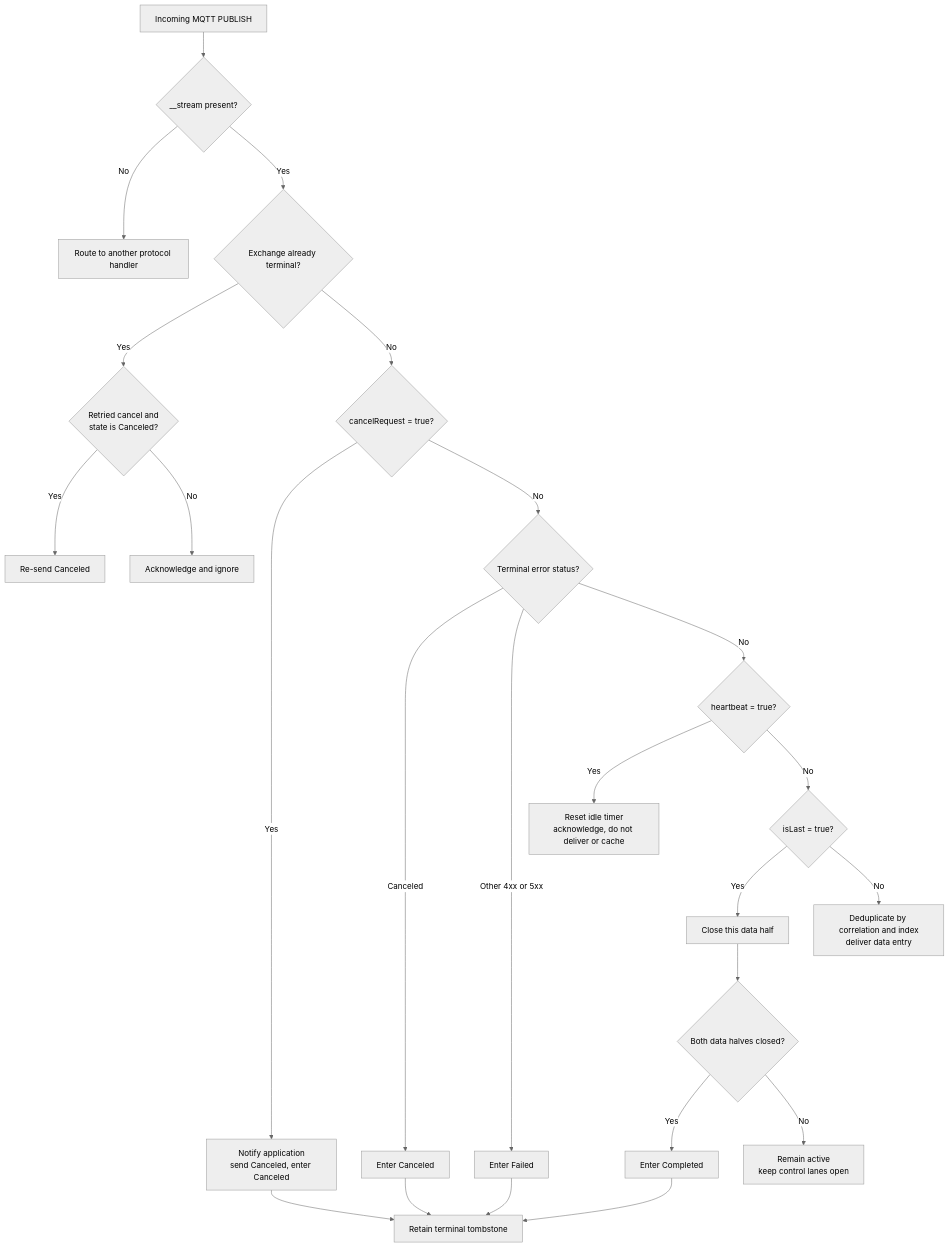
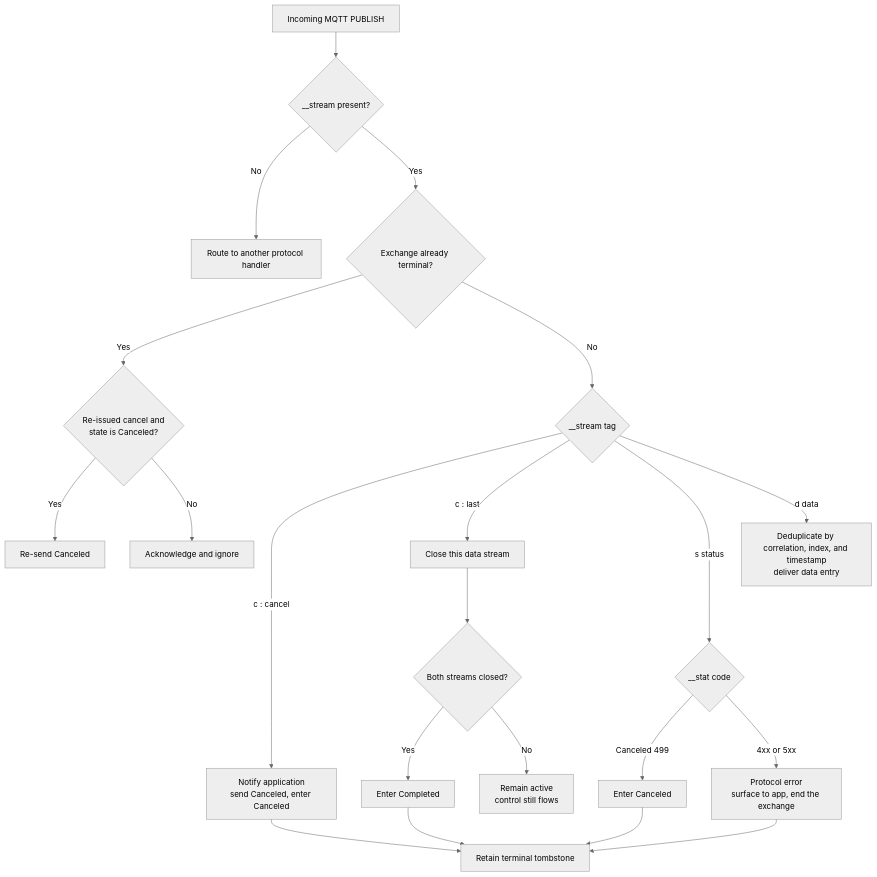
One commit to Azure/iot-operations-sdks changed the ninth of 10 diagrams in doc/dev/adr/0025-rpc-streaming-lifecycle-diagrams.md. Above: the diagram before and after it, drawn with Mermaid (neutral theme). The commit also changed other lines of this file, not shown here.

Commit message:
refine terminology and clarify stream handling in RPC streaming documentation

````diff
--- a/doc/dev/adr/0025-rpc-streaming-lifecycle-diagrams.md
+++ b/doc/dev/adr/0025-rpc-streaming-lifecycle-diagrams.md
@@ -368,26 +349,23 @@
 ```mermaid
 flowchart TD
     P["Incoming MQTT PUBLISH"] --> S{"__stream present?"}
     S -- "No" --> O["Route to another protocol handler"]
     S -- "Yes" --> T{"Exchange already terminal?"}
-    T -- "Yes" --> RC{"Retried cancel and<br/>state is Canceled?"}
+    T -- "Yes" --> RC{"Re-issued cancel and<br/>state is Canceled?"}
     RC -- "Yes" --> RA["Re-send Canceled"]
     RC -- "No" --> AI["Acknowledge and ignore"]
-    T -- "No" --> C{"cancelRequest = true?"}
-    C -- "Yes" --> PC["Notify application<br/>send Canceled, enter Canceled"]
-    C -- "No" --> E{"Terminal error status?"}
-    E -- "Canceled" --> CAN["Enter Canceled"]
-    E -- "Other 4xx or 5xx" --> F["Enter Failed"]
-    E -- "No" --> HB{"heartbeat = true?"}
-    HB -- "Yes" --> HBR["Reset idle timer<br/>acknowledge, do not deliver or cache"]
-    HB -- "No" --> L{"isLast = true?"}
-    L -- "Yes" --> HC["Close this data half"]
-    HC --> BC{"Both data halves closed?"}
+    T -- "No" --> TAG{"__stream tag"}
+    TAG -- "c : cancel" --> PC["Notify application<br/>send Canceled, enter Canceled"]
+    TAG -- "c : last" --> HC["Close this data stream"]
+    HC --> BC{"Both streams closed?"}
     BC -- "Yes" --> CO["Enter Completed"]
-    BC -- "No" --> AC["Remain active<br/>keep control lanes open"]
-    L -- "No" --> D["Deduplicate by correlation and index<br/>deliver data entry"]
+    BC -- "No" --> AC["Remain active<br/>control still flows"]
+    TAG -- "s status" --> ST{"__stat code"}
+    ST -- "Canceled 499" --> CAN["Enter Canceled"]
+    ST -- "4xx or 5xx" --> PE["Protocol error<br/>surface to app, end the exchange"]
+    TAG -- "d data" --> D["Deduplicate by correlation, index, and timestamp<br/>deliver data entry"]
     PC --> TS["Retain terminal tombstone"]
     CAN --> TS
-    F --> TS
     CO --> TS
+    PE --> TS
 ```
````
